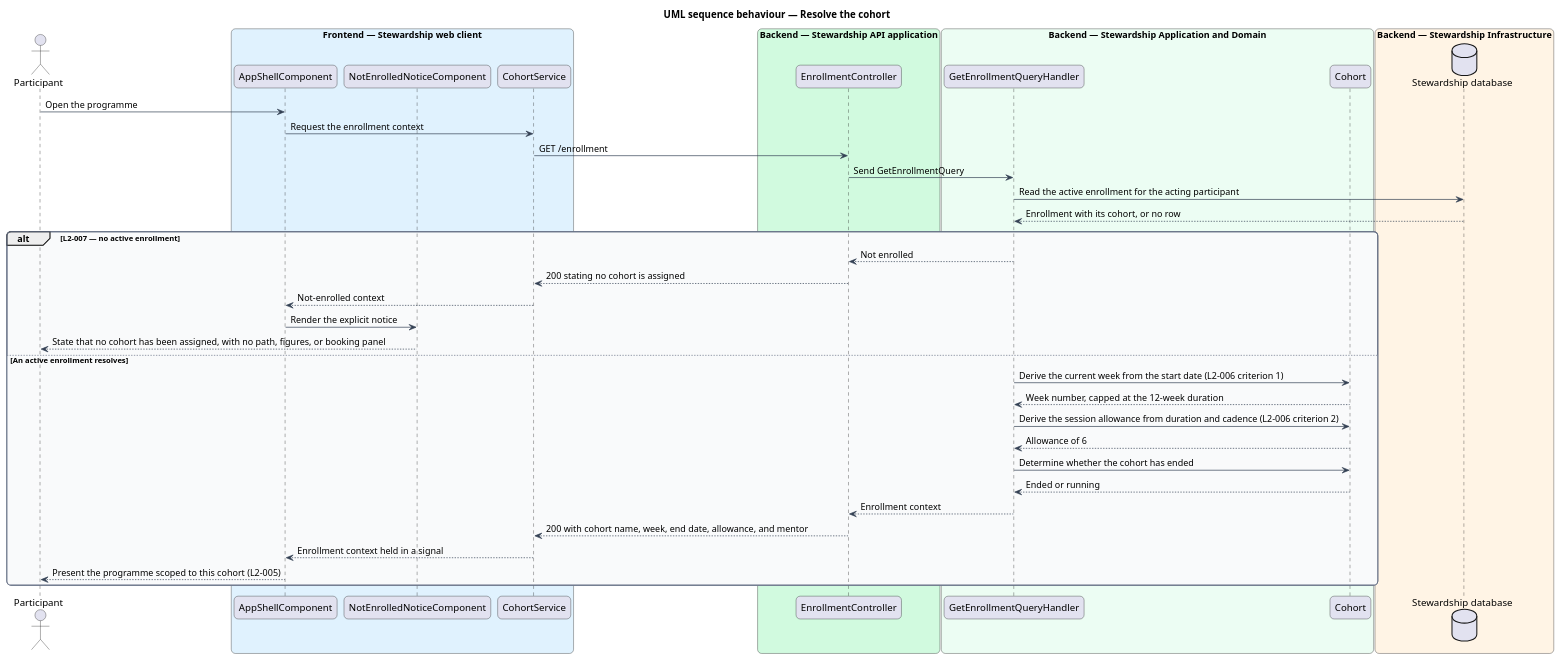
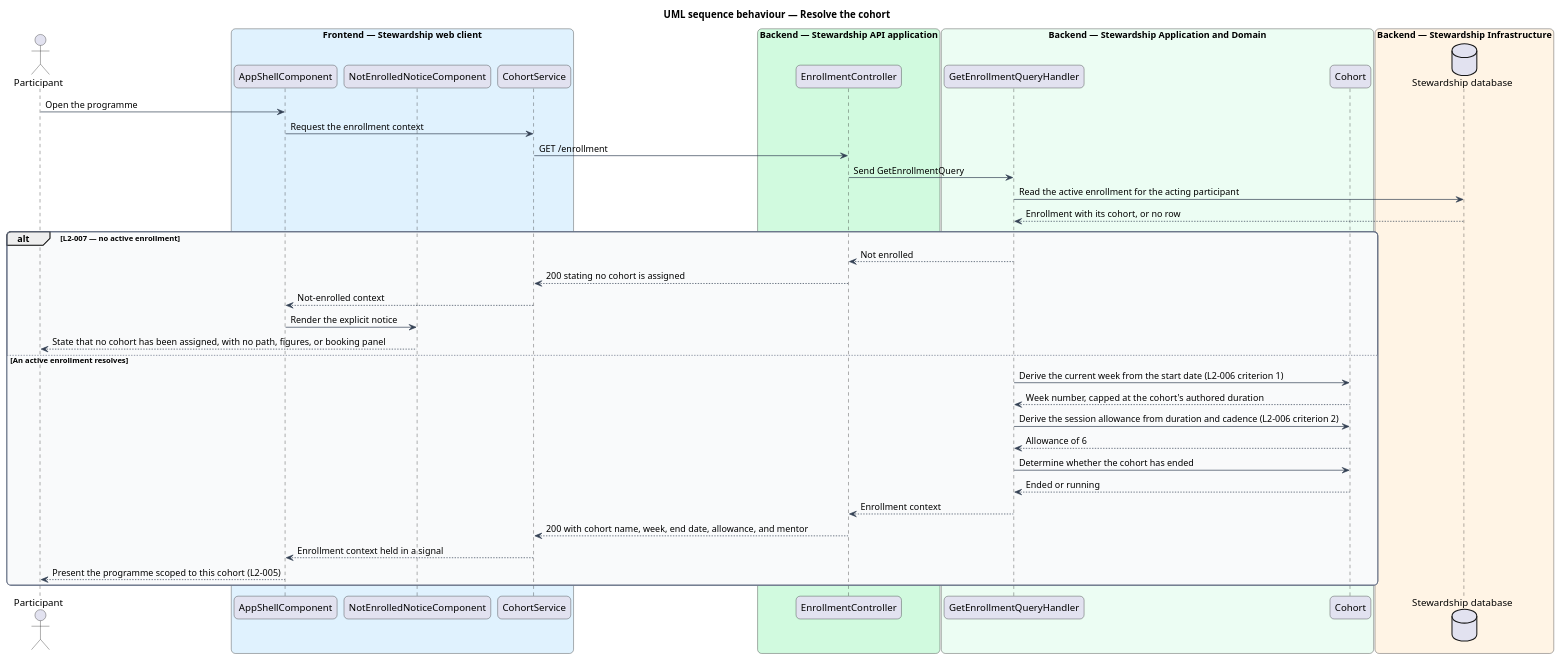
Before and after one commit to QuinntyneBrown/quinntyne-brown-stewardship: the diagram in docs/detailed-designs/enrollment/resolve-cohort/diagrams/sequence-resolve-cohort.puml, drawn with PlantUML. The commit also changed 85 other files, not shown here.

```diff
--- a/docs/detailed-designs/enrollment/resolve-cohort/diagrams/sequence-resolve-cohort.puml
+++ b/docs/detailed-designs/enrollment/resolve-cohort/diagrams/sequence-resolve-cohort.puml
@@ -1,58 +1,58 @@
 @startuml
 title UML sequence behaviour — Resolve the cohort
 skinparam backgroundColor #FFFFFF
 skinparam shadowing false
 skinparam roundcorner 12
 skinparam defaultFontName Arial
 skinparam ArrowColor #344054
 skinparam rectangle {
   BorderColor #344054
   FontColor #101828
 }
 skinparam package {
   BorderColor #667085
   FontColor #101828
   BackgroundColor #F9FAFB
 }
 actor "Participant" as actor
 box "Frontend — Stewardship web client" #E0F2FE
   participant "AppShellComponent" as shell
   participant "NotEnrolledNoticeComponent" as notice
   participant "CohortService" as client
 end box
 box "Backend — Stewardship API application" #D1FADF
   participant "EnrollmentController" as controller
 end box
 box "Backend — Stewardship Application and Domain" #ECFDF3
   participant "GetEnrollmentQueryHandler" as handler
   participant "Cohort" as cohort
 end box
 box "Backend — Stewardship Infrastructure" #FFF4E5
   database "Stewardship database" as db
 end box
 
 actor -> shell : Open the programme
 shell -> client : Request the enrollment context
 client -> controller : GET /enrollment
 controller -> handler : Send GetEnrollmentQuery
 handler -> db : Read the active enrollment for the acting participant
 db --> handler : Enrollment with its cohort, or no row
 alt L2-007 — no active enrollment
   handler --> controller : Not enrolled
   controller --> client : 200 stating no cohort is assigned
   client --> shell : Not-enrolled context
   shell -> notice : Render the explicit notice
   notice --> actor : State that no cohort has been assigned, with no path, figures, or booking panel
 else An active enrollment resolves
   handler -> cohort : Derive the current week from the start date (L2-006 criterion 1)
-  cohort --> handler : Week number, capped at the 12-week duration
+  cohort --> handler : Week number, capped at the cohort's authored duration
   handler -> cohort : Derive the session allowance from duration and cadence (L2-006 criterion 2)
   cohort --> handler : Allowance of 6
   handler -> cohort : Determine whether the cohort has ended
   cohort --> handler : Ended or running
   handler --> controller : Enrollment context
   controller --> client : 200 with cohort name, week, end date, allowance, and mentor
   client --> shell : Enrollment context held in a signal
   shell --> actor : Present the programme scoped to this cohort (L2-005)
 end
 @enduml
```
